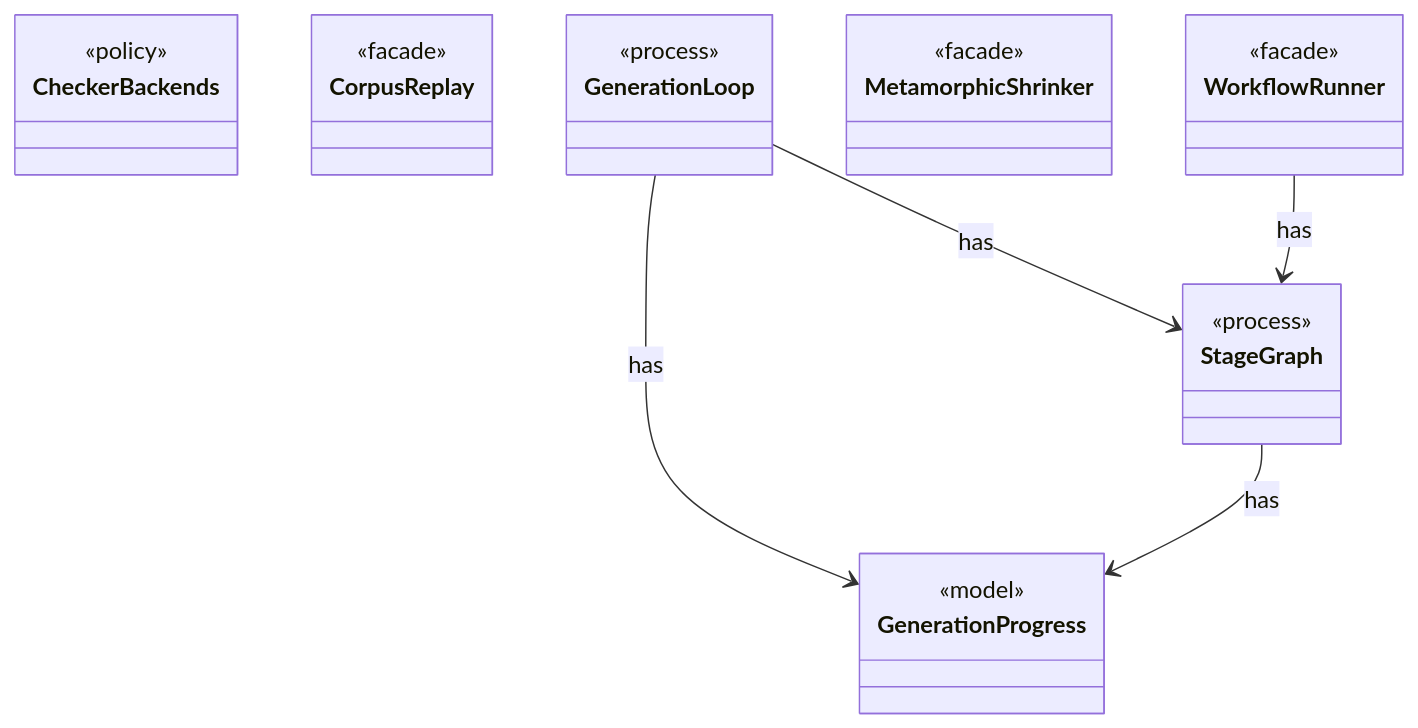
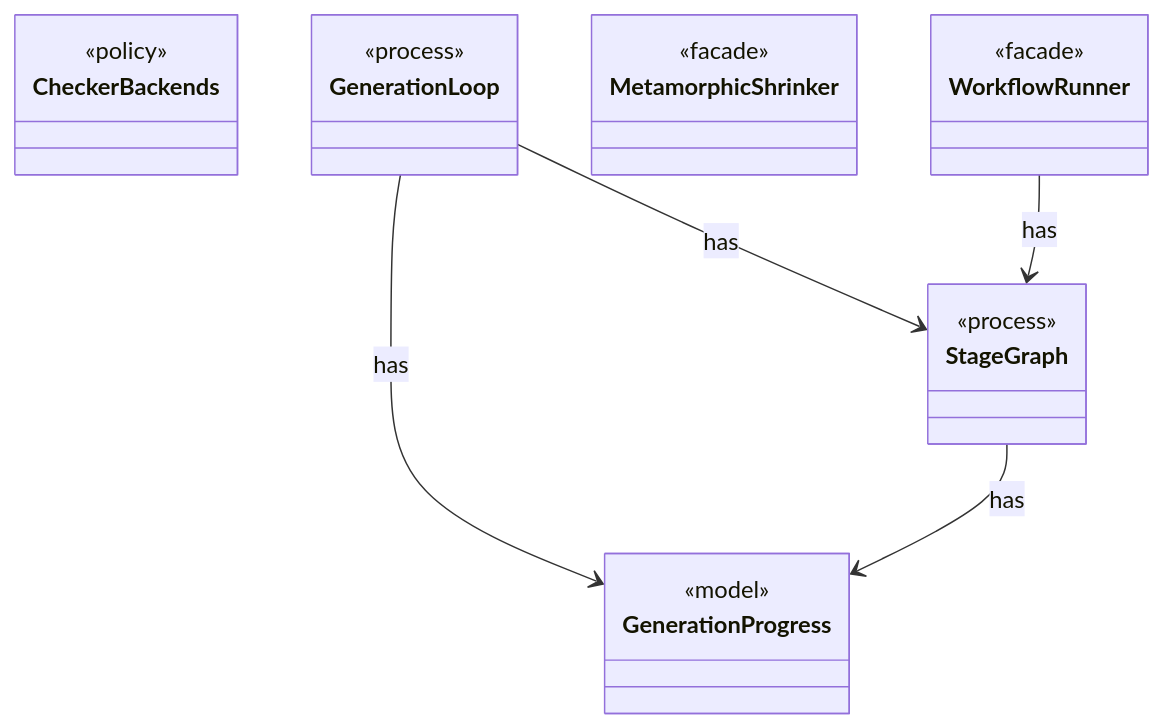
The second of 14 diagrams in dev/modules/workflow.md (tlaplus/model-checker-hardening), drawn with Mermaid before and after one commit. The commit also changed other lines of this file and 408 other files, not shown here.

````diff
--- a/dev/modules/workflow.md
+++ b/dev/modules/workflow.md
@@ -45,28 +45,25 @@
 ```mermaid
 classDiagram
   class CheckerBackends {
     <<policy>>
-  }
-  class CorpusReplay {
-    <<facade>>
   }
   class GenerationLoop {
     <<process>>
   }
   class GenerationProgress {
     <<model>>
   }
   class MetamorphicShrinker {
     <<facade>>
   }
   class StageGraph {
     <<process>>
   }
   class WorkflowRunner {
     <<facade>>
   }
   GenerationLoop --> GenerationProgress : has
   GenerationLoop --> StageGraph : has
   StageGraph --> GenerationProgress : has
   WorkflowRunner --> StageGraph : has
 ```
````
